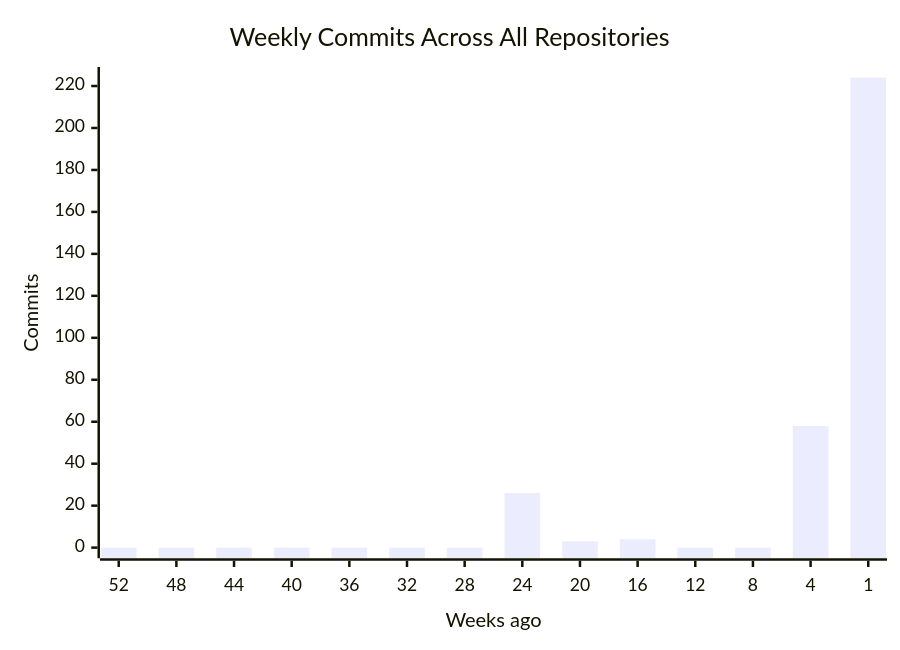
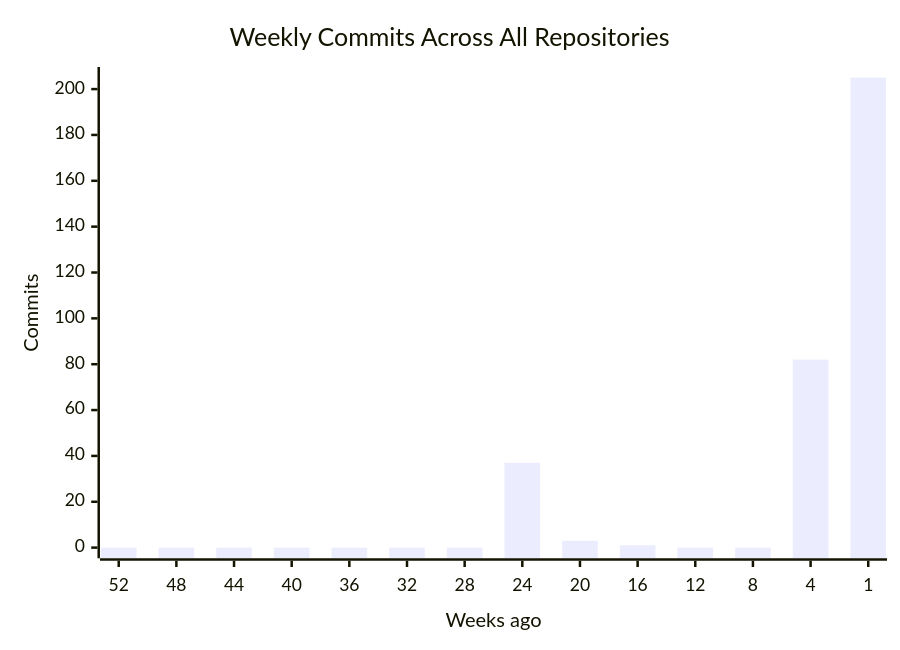
The first of 4 diagrams in profile/README.md (CSTH-Projects/.github), drawn with Mermaid before and after one commit. The commit also changed other lines of this file, not shown here.

````diff
--- a/profile/README.md
+++ b/profile/README.md
@@ -16,7 +16,7 @@
 ```mermaid
 xychart-beta
     title "Weekly Commits Across All Repositories"
     x-axis "Weeks ago" [52, 48, 44, 40, 36, 32, 28, 24, 20, 16, 12, 8, 4, 1]
     y-axis "Commits"
-    bar [0, 0, 0, 0, 0, 0, 0, 26, 3, 4, 0, 0, 58, 224]
+    bar [0, 0, 0, 0, 0, 0, 0, 37, 3, 1, 0, 0, 82, 205]
 ```
````
